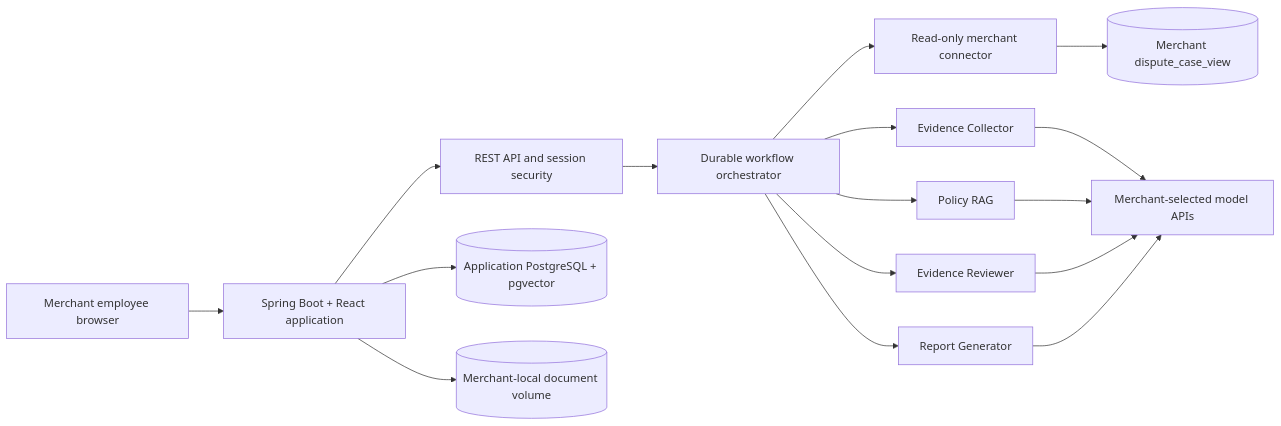
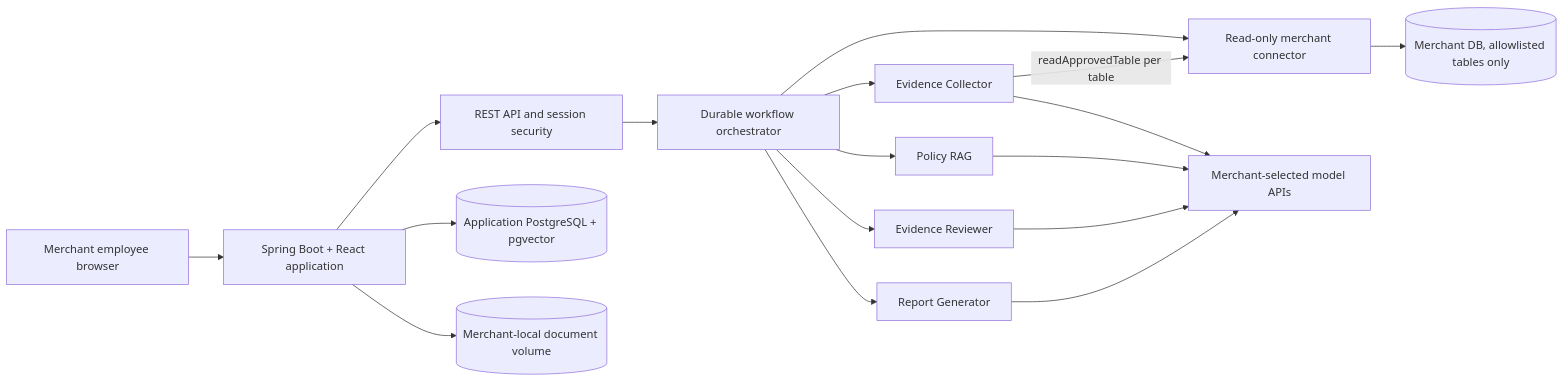
The diagram in docs/project-context-handoff.md (CyphronTech/DisputeCopilot), drawn with Mermaid before and after one commit. The commit also changed other lines of this file and 148 other files, not shown here.

````diff
--- a/docs/project-context-handoff.md
+++ b/docs/project-context-handoff.md
@@ -373,18 +394,19 @@
 ```mermaid
 flowchart LR
     Browser[Merchant employee browser] --> App[Spring Boot + React application]
     App --> API[REST API and session security]
     API --> Workflow[Durable workflow orchestrator]
     Workflow --> Connector[Read-only merchant connector]
-    Connector --> MerchantDB[(Merchant dispute_case_view)]
+    Collector -->|readApprovedTable per table| Connector
+    Connector --> MerchantDB[(Merchant DB, allowlisted tables only)]
     Workflow --> Collector[Evidence Collector]
     Workflow --> Retriever[Policy RAG]
     Workflow --> Reviewer[Evidence Reviewer]
     Workflow --> Reporter[Report Generator]
     Collector --> Model[Merchant-selected model APIs]
     Retriever --> Model
     Reviewer --> Model
     Reporter --> Model
     App --> PG[(Application PostgreSQL + pgvector)]
     App --> Files[(Merchant-local document volume)]
 ```
````
